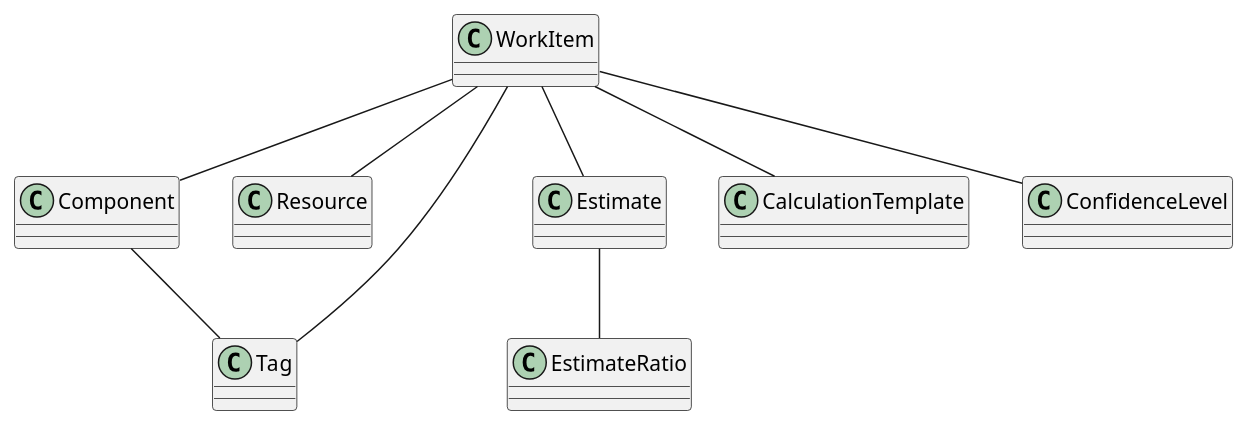
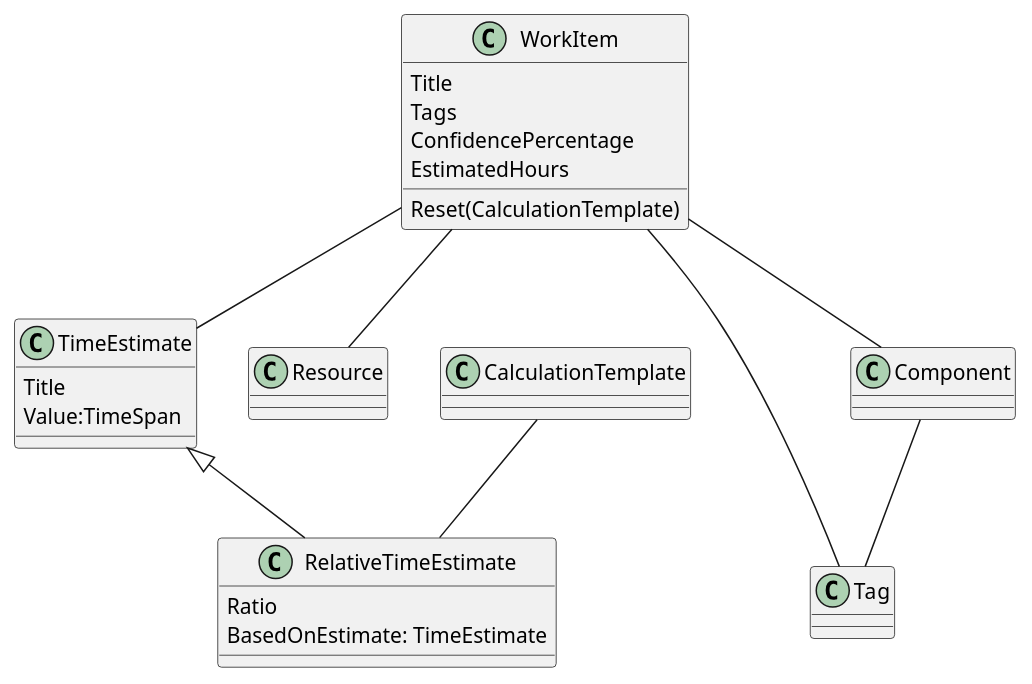
Before and after one commit to bobbyache/EffortEstimator: the diagram in docs/domain-model.plantuml, drawn with PlantUML. The commit also changed 3 other files, not shown here.

```diff
--- a/docs/domain-model.plantuml
+++ b/docs/domain-model.plantuml
@@ -1,25 +1,34 @@
 @startuml
     ' https://plantuml.com/salt
 
     class Component {}
-    class WorkItem {}
+    class WorkItem {
+        Title
+        Tags
+        ConfidencePercentage
+        EstimatedHours
+        Reset(CalculationTemplate)
+    }
+    class TimeEstimate {
+        Title
+        Value:TimeSpan
+    }
+    class RelativeTimeEstimate {
+        Ratio
+        BasedOnEstimate: TimeEstimate
+    }
     class Resource {}
     class Tag {}
-    class Estimate {}
     class CalculationTemplate {}
-    class ConfidenceLevel {}
-    class EstimateRatio {}
 
     Component -- Tag
-    WorkItem -- Estimate
     WorkItem -- Tag
-    Estimate -- EstimateRatio
-
-
+    TimeEstimate <|-- RelativeTimeEstimate
 
     WorkItem -- Component
-    WorkItem -- CalculationTemplate
     WorkItem -- Resource
-    WorkItem -- ConfidenceLevel
+    WorkItem -- TimeEstimate
+
+    CalculationTemplate -- RelativeTimeEstimate
 
 @enduml
```
